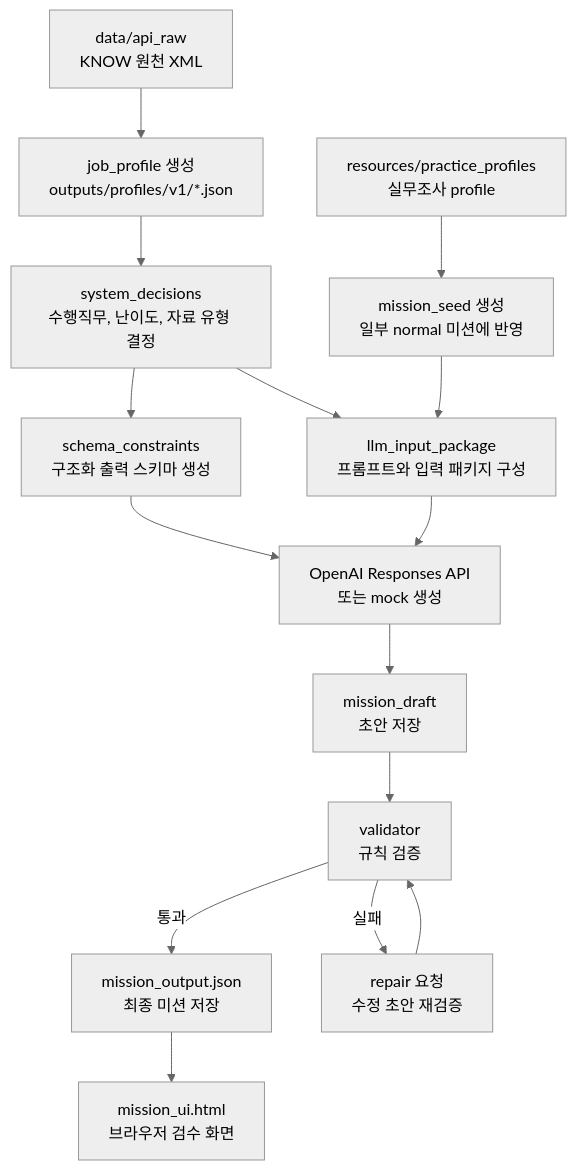
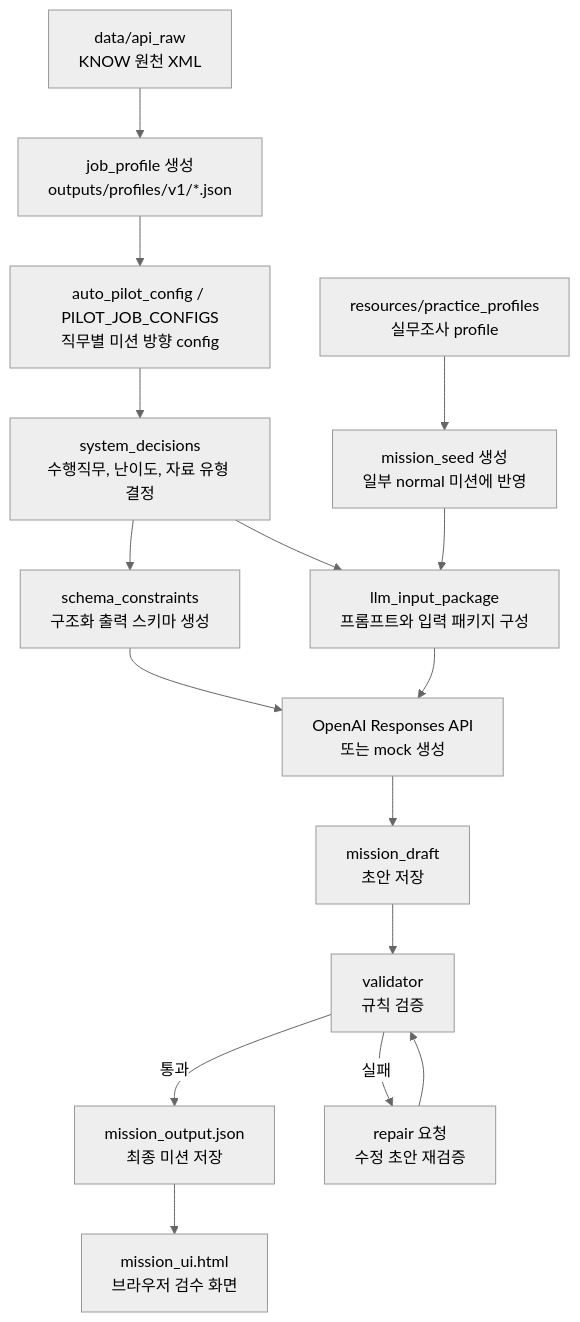
Before and after one commit to YU-MIDAS/job_mission: the diagram in README.md, drawn with Mermaid (neutral theme). The commit also changed other lines of this file and 23 other files, not shown here.

````diff
--- a/README.md
+++ b/README.md
@@ -21,17 +22,18 @@
 ```mermaid
 flowchart TD
     A["data/api_raw<br/>KNOW 원천 XML"] --> B["job_profile 생성<br/>outputs/profiles/v1/*.json"]
     P["resources/practice_profiles<br/>실무조사 profile"] --> S["mission_seed 생성<br/>일부 normal 미션에 반영"]
-    B --> C["system_decisions<br/>수행직무, 난이도, 자료 유형 결정"]
+    B --> AC["auto_pilot_config / PILOT_JOB_CONFIGS<br/>직무별 미션 방향 config"]
+    AC --> C["system_decisions<br/>수행직무, 난이도, 자료 유형 결정"]
     C --> D["schema_constraints<br/>구조화 출력 스키마 생성"]
     C --> E["llm_input_package<br/>프롬프트와 입력 패키지 구성"]
     S --> E
     D --> F["OpenAI Responses API<br/>또는 mock 생성"]
     E --> F
     F --> G["mission_draft<br/>초안 저장"]
     G --> H["validator<br/>규칙 검증"]
     H -->|통과| I["mission_output.json<br/>최종 미션 저장"]
     H -->|실패| J["repair 요청<br/>수정 초안 재검증"]
     J --> H
     I --> K["mission_ui.html<br/>브라우저 검수 화면"]
 ```
````
